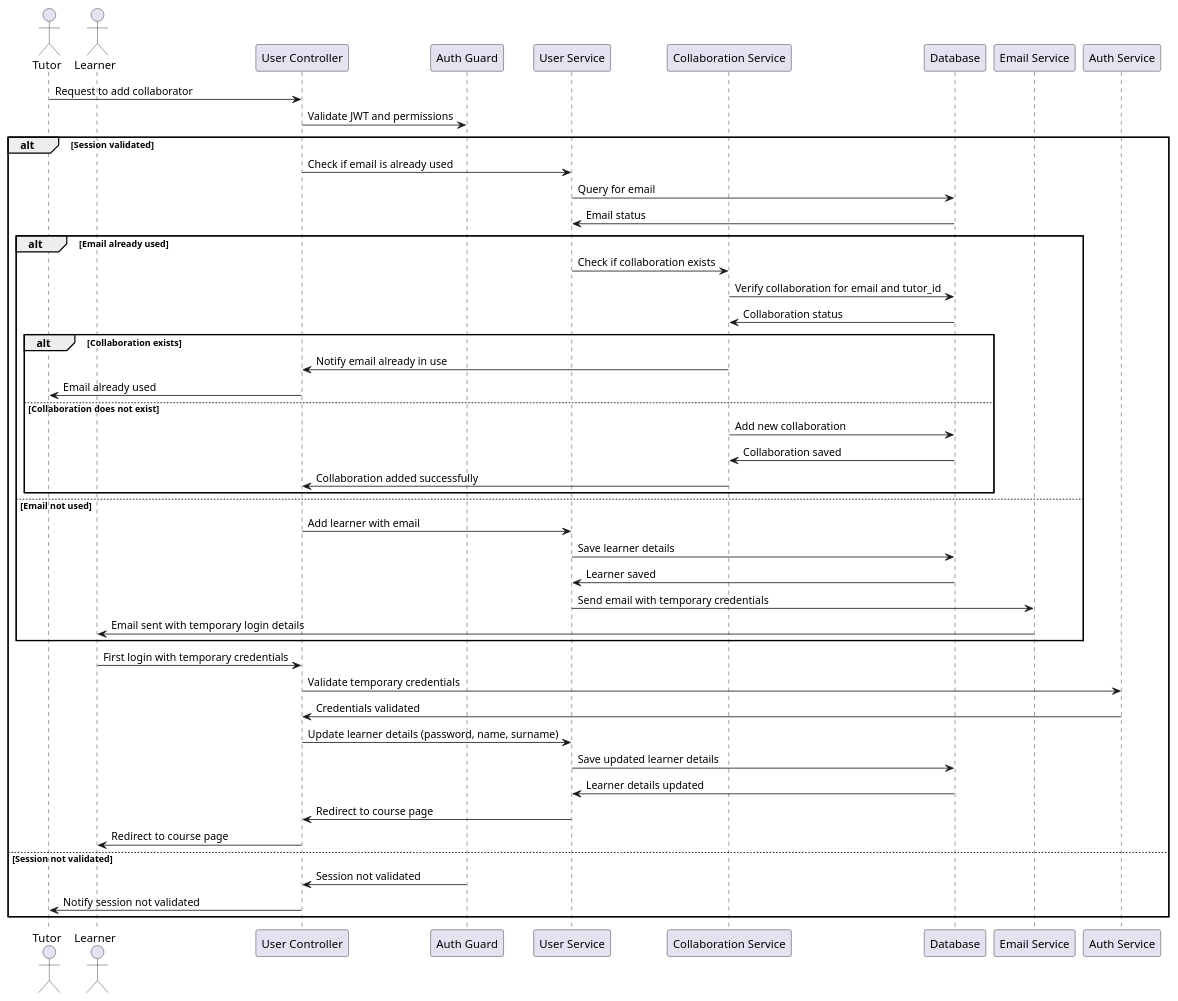
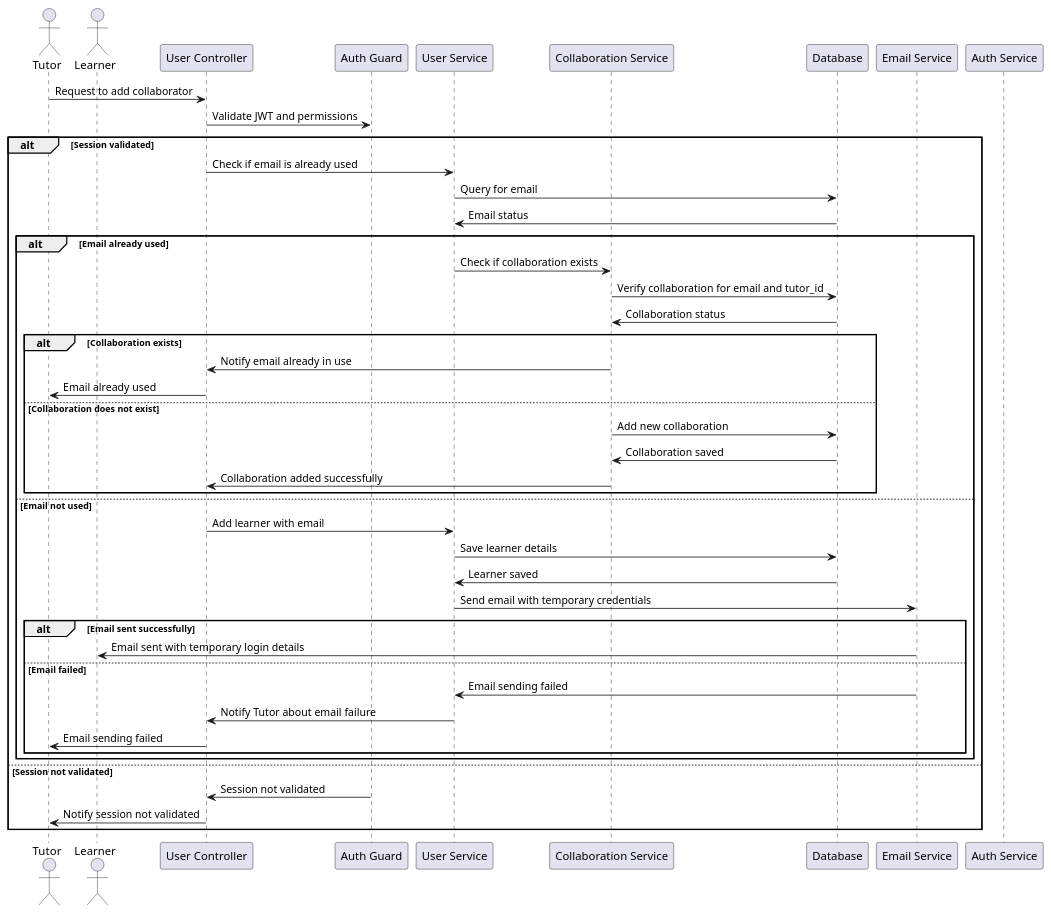
The diagram in UML/sequence/sequence_onboarding.pu (Davidben75/Elearn_api), drawn with PlantUML before and after one commit. The commit also changed 5 other files, not shown here.

Commit message:
update class, erd, sequence and  usecase diagram

```diff
--- a/UML/sequence/sequence_onboarding.pu
+++ b/UML/sequence/sequence_onboarding.pu
@@ -1,51 +1,48 @@
 @startuml "Sequence onboarding"
 actor Tutor
 actor Learner
 participant "User Controller" as UserController
 participant "Auth Guard" as AuthGuard
 participant "User Service" as UserService
 participant "Collaboration Service" as CollaborationService
 participant "Database" as Database
 participant "Email Service" as EmailService
 participant "Auth Service" as AuthService
 
 Tutor -> UserController: Request to add collaborator
 UserController -> AuthGuard: Validate JWT and permissions
 alt Session validated
     UserController -> UserService: Check if email is already used
     UserService -> Database: Query for email
     Database -> UserService: Email status
     alt Email already used
         UserService -> CollaborationService: Check if collaboration exists
         CollaborationService -> Database: Verify collaboration for email and tutor_id
         Database -> CollaborationService: Collaboration status
         alt Collaboration exists
             CollaborationService -> UserController: Notify email already in use
             UserController -> Tutor: Email already used
         else Collaboration does not exist
             CollaborationService -> Database: Add new collaboration
             Database -> CollaborationService: Collaboration saved
             CollaborationService -> UserController: Collaboration added successfully
         end
     else Email not used
         UserController -> UserService: Add learner with email
         UserService -> Database: Save learner details
         Database -> UserService: Learner saved
         UserService -> EmailService: Send email with temporary credentials
-        EmailService -> Learner: Email sent with temporary login details
+        alt Email sent successfully
+            EmailService -> Learner: Email sent with temporary login details
+        else Email failed
+            EmailService -> UserService: Email sending failed
+            UserService -> UserController: Notify Tutor about email failure
+            UserController -> Tutor: Email sending failed
+        end
     end
-
-    Learner -> UserController: First login with temporary credentials
-    UserController -> AuthService: Validate temporary credentials
-    AuthService -> UserController: Credentials validated
-    UserController -> UserService: Update learner details (password, name, surname)
-    UserService -> Database: Save updated learner details
-    Database -> UserService: Learner details updated
-    UserService -> UserController: Redirect to course page
-    UserController -> Learner: Redirect to course page
 else Session not validated
     AuthGuard -> UserController: Session not validated
     UserController -> Tutor: Notify session not validated
 end
 
 @enduml
```
